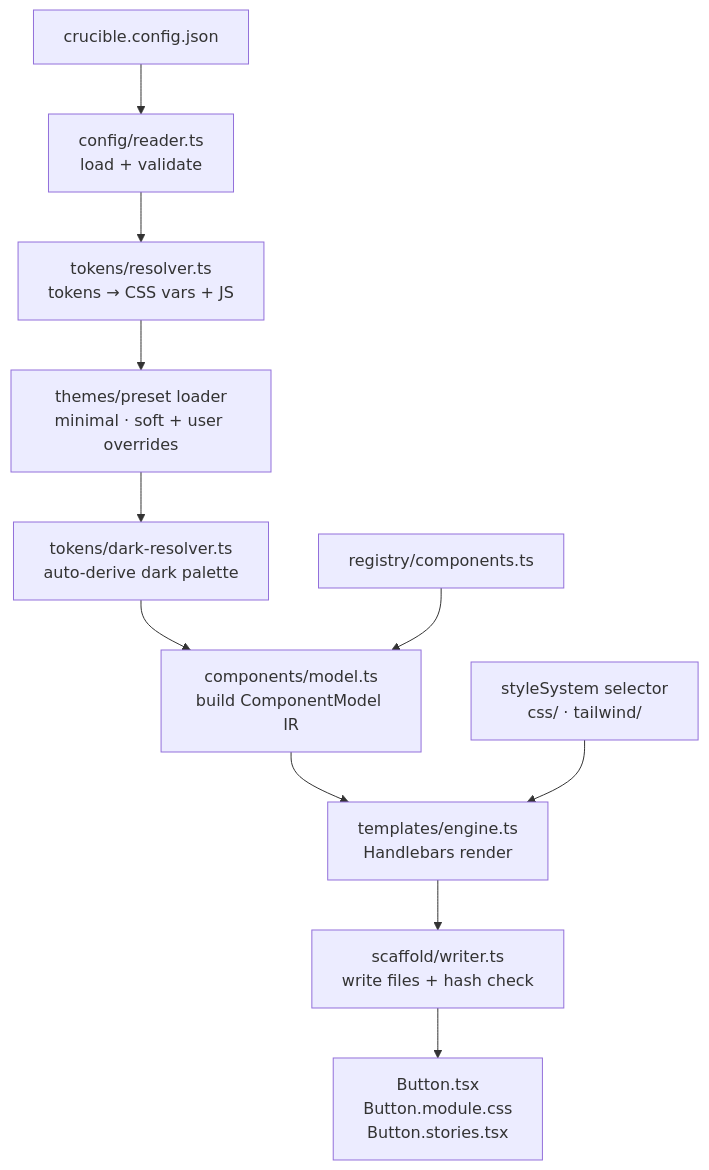
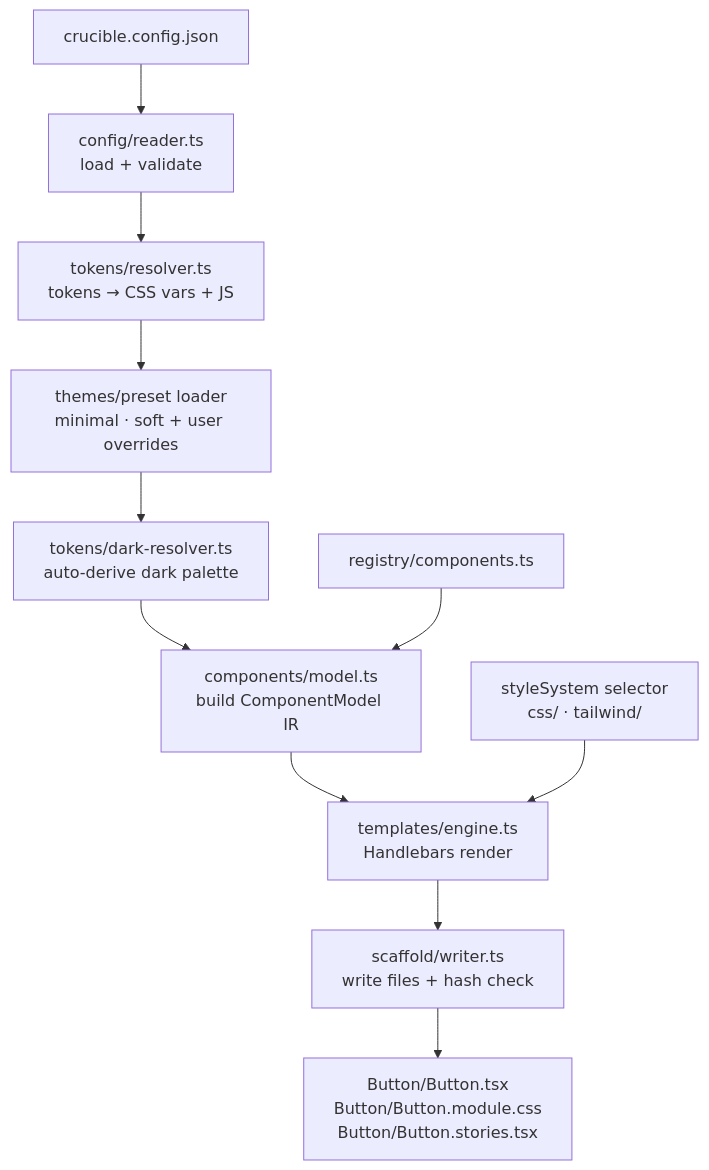
The second of 8 diagrams in crucible-v01-guide.md (Naveen2070/project_crucible), drawn with Mermaid before and after one commit. The commit also changed other lines of this file and 1 other file, not shown here.

Commit message:
docs: update architecture diagrams for Phase 5 structure

````diff
--- a/crucible-v01-guide.md
+++ b/crucible-v01-guide.md
@@ -83,13 +83,13 @@
 ```mermaid
 flowchart TD
     A[crucible.config.json] --> B[config/reader.ts\nload + validate]
     B --> C[tokens/resolver.ts\ntokens → CSS vars + JS]
     C --> D[themes/preset loader\nminimal · soft + user overrides]
     D --> E[tokens/dark-resolver.ts\nauto-derive dark palette]
     E --> F[components/model.ts\nbuild ComponentModel IR]
     F --> G[templates/engine.ts\nHandlebars render]
     H[registry/components.ts] --> F
     I[styleSystem selector\ncss/ · tailwind/] --> G
     G --> J[scaffold/writer.ts\nwrite files + hash check]
-    J --> K[Button.tsx\nButton.module.css\nButton.stories.tsx]
+    J --> K[Button/Button.tsx\nButton/Button.module.css\nButton/Button.stories.tsx]
 ```
````
